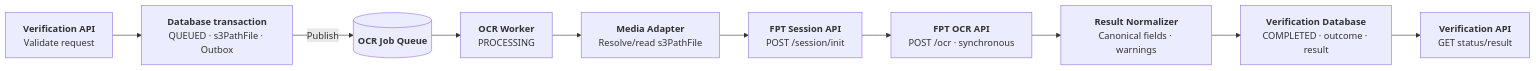
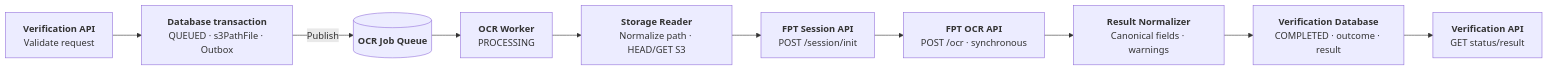
Before and after one commit to huynv-xyz/vhm: the third of 5 diagrams in noxh.md, drawn with Mermaid. The commit also changed other lines of this file, not shown here.

````diff
--- a/noxh.md
+++ b/noxh.md
@@ -204,26 +203,26 @@
 ```mermaid
 flowchart LR
     API["`**Verification API**
 Validate request`"]
     ACCEPT["`**Database transaction**
 QUEUED · s3PathFile · Outbox`"]
     QUEUE[("`**OCR Job Queue**`")]
     WORKER["`**OCR Worker**
 PROCESSING`"]
-    READ["`**Media Adapter**
-Resolve/read s3PathFile`"]
+    READ["`**Storage Reader**
+Normalize path · HEAD/GET S3`"]
     INIT["`**FPT Session API**
 POST /session/init`"]
     OCR["`**FPT OCR API**
 POST /ocr · synchronous`"]
     NORMALIZE["`**Result Normalizer**
 Canonical fields · warnings`"]
     DONE["`**Verification Database**
 COMPLETED · outcome · result`"]
     STATUS["`**Verification API**
 GET status/result`"]
 
     API --> ACCEPT -->|"Publish"| QUEUE --> WORKER
     WORKER --> READ --> INIT --> OCR --> NORMALIZE --> DONE
     DONE --> STATUS
 ```
````
